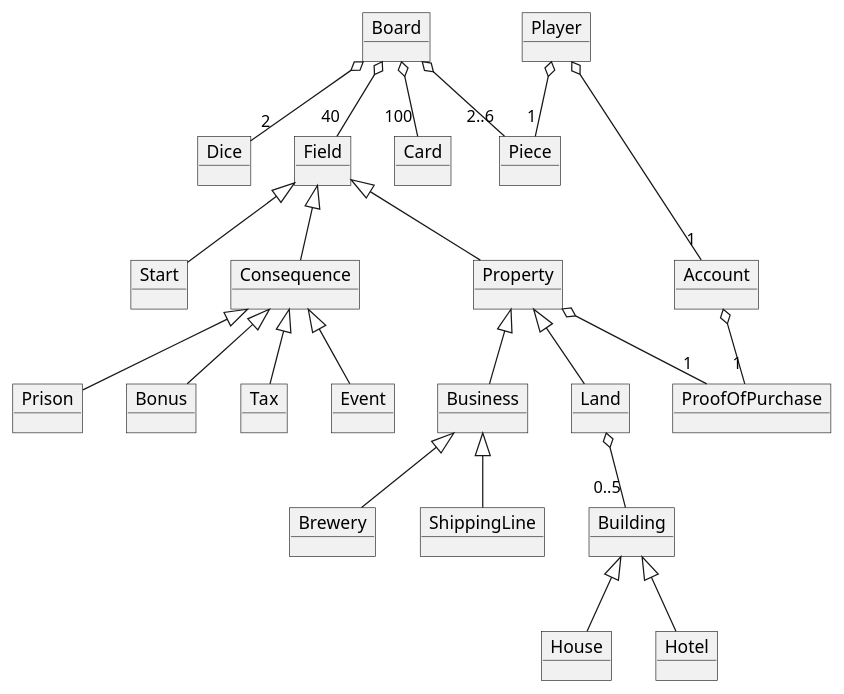
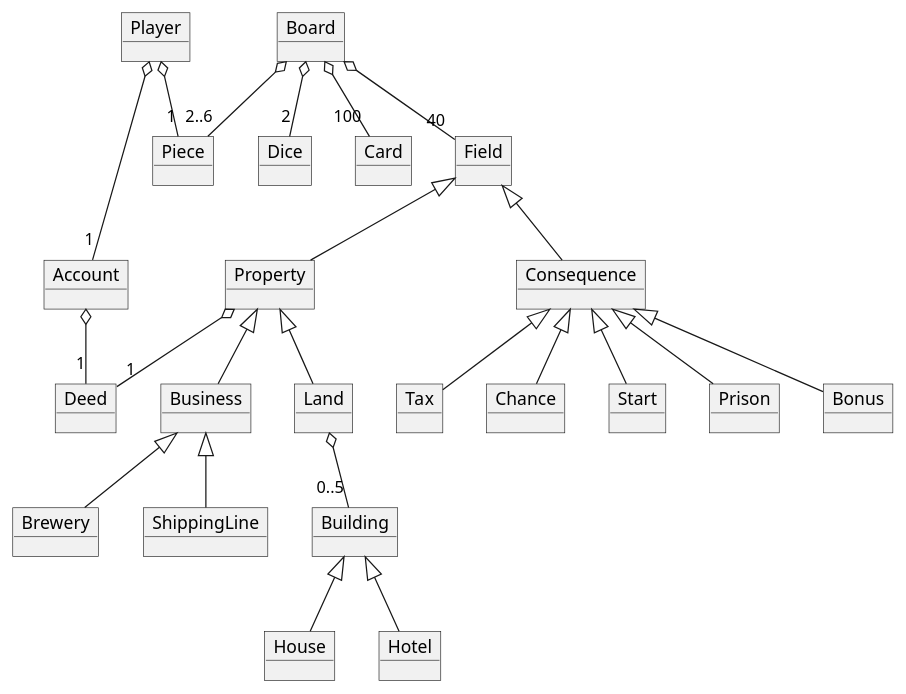
The diagram in Arbejdsmappe/IntelliJ/bank/src/Tess Domain diagram.puml (coerth/Opgaver), drawn with PlantUML before and after one commit. The commit also changed 24 other files, not shown here.

```diff
--- a/Arbejdsmappe/IntelliJ/bank/src/Tess Domain diagram.puml
+++ b/Arbejdsmappe/IntelliJ/bank/src/Tess Domain diagram.puml
@@ -1,53 +1,53 @@
 @startuml
 'https://plantuml.com/class-diagram
 
 object Board
 object Field
 object Property
 object Land
 object Business
 object ShippingLine
 object Brewery
 object Building
 object House
 object Hotel
 object Start
 object Consequence
 object Prison
 object Bonus
 object Player
 object Account
 object Piece
 object Dice
 object Card
-object ProofOfPurchase
+object Deed
 object Tax
-object Event
+object Chance
 
 Field <|-- Property
-Field <|-- Start
 Field <|-- Consequence
 Property <|-- Land
 Property <|-- Business
 Building <|-- House
 Building <|-- Hotel
 Business <|-- Brewery
 Business <|-- ShippingLine
 Consequence <|-- Bonus
-Consequence <|-- Event
+Consequence <|-- Chance
 Consequence <|-- Prison
 Consequence <|-- Tax
+Consequence <|-- Start
 
 
 Board o-- "40" Field
 Board o-- "2" Dice
 Board o-- "100" Card
 Board o-- "2..6" Piece
 
 Player o-- "1" Piece
 Player o-- "1" Account
 Land o-- "0..5" Building
-Account o-- "1" ProofOfPurchase
-Property o-- "1" ProofOfPurchase
+Account o-- "1" Deed
+Property o-- "1" Deed
 
 @enduml
```
